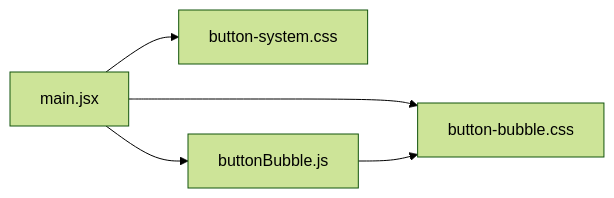
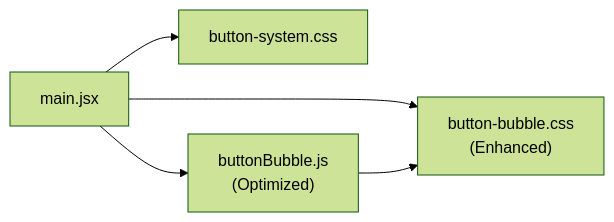
Before and after one commit to Theja4/podiummomentum: the fourth of 4 diagrams in .qoder/repowiki/en/content/Styling and Design System/Component Styling Patterns/Button System Architecture.md, drawn with Mermaid (forest theme). The commit also changed other lines of this file and 24 other files, not shown here.

````diff
--- a/.qoder/repowiki/en/content/Styling and Design System/Component Styling Patterns/Button System Architecture.md
+++ b/.qoder/repowiki/en/content/Styling and Design System/Component Styling Patterns/Button System Architecture.md
@@ -240,7 +291,7 @@
 ```mermaid
 graph LR
 Main["main.jsx"] --> SysCSS["button-system.css"]
-Main --> BubbleCSS["button-bubble.css"]
-Main --> BubbleJS["buttonBubble.js"]
+Main --> BubbleCSS["button-bubble.css<br/>(Enhanced)"]
+Main --> BubbleJS["buttonBubble.js<br/>(Optimized)"]
 BubbleJS --> BubbleCSS
 ```
````
